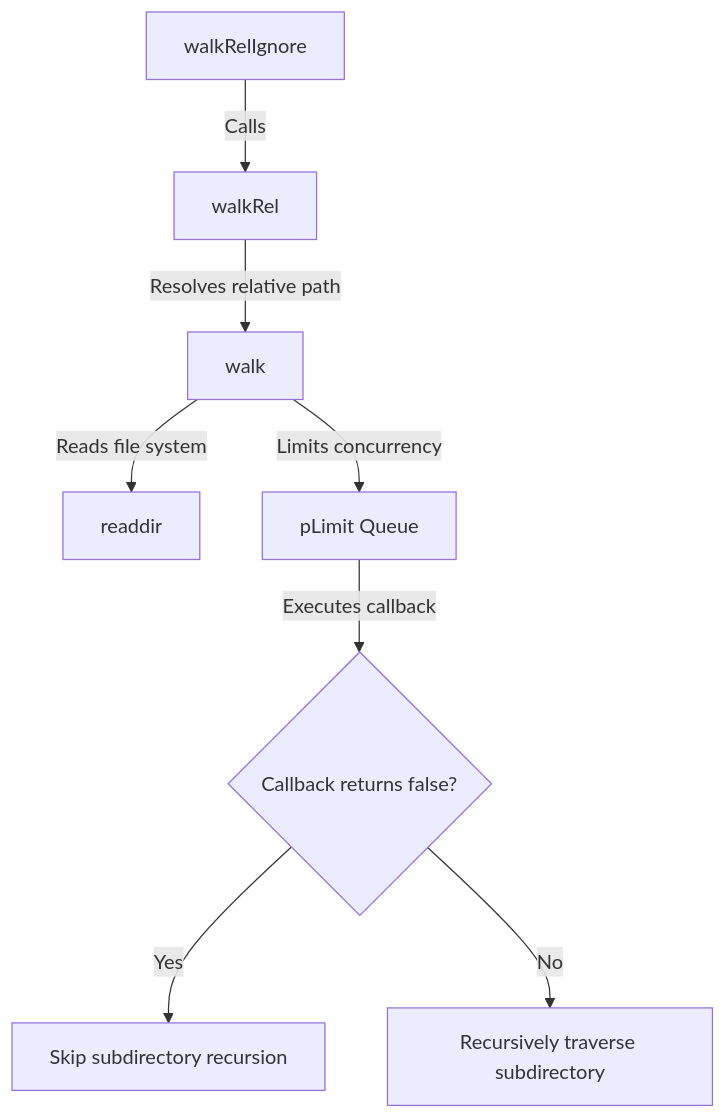
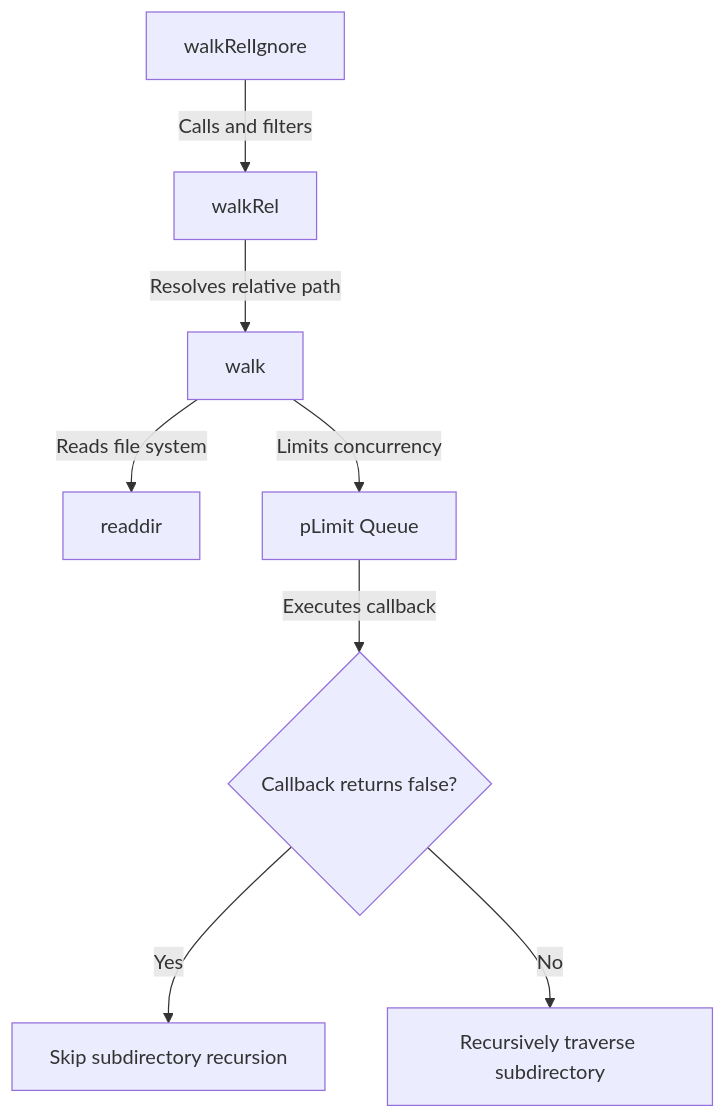
The diagram in walk/readme/en/README.md (webc-site/npm), drawn with Mermaid before and after one commit. The commit also changed other lines of this file and 7 other files, not shown here.

````diff
--- a/walk/readme/en/README.md
+++ b/walk/readme/en/README.md
@@ -57,10 +65,10 @@
 ```mermaid
 graph TD
-    A[walkRelIgnore] -->|Calls| B[walkRel]
+    A[walkRelIgnore] -->|Calls and filters| B[walkRel]
     B -->|Resolves relative path| C[walk]
     C -->|Reads file system| D[readdir]
     C -->|Limits concurrency| E[pLimit Queue]
     E -->|Executes callback| F{Callback returns false?}
     F -->|Yes| G[Skip subdirectory recursion]
     F -->|No| H[Recursively traverse subdirectory]
 ```
````
